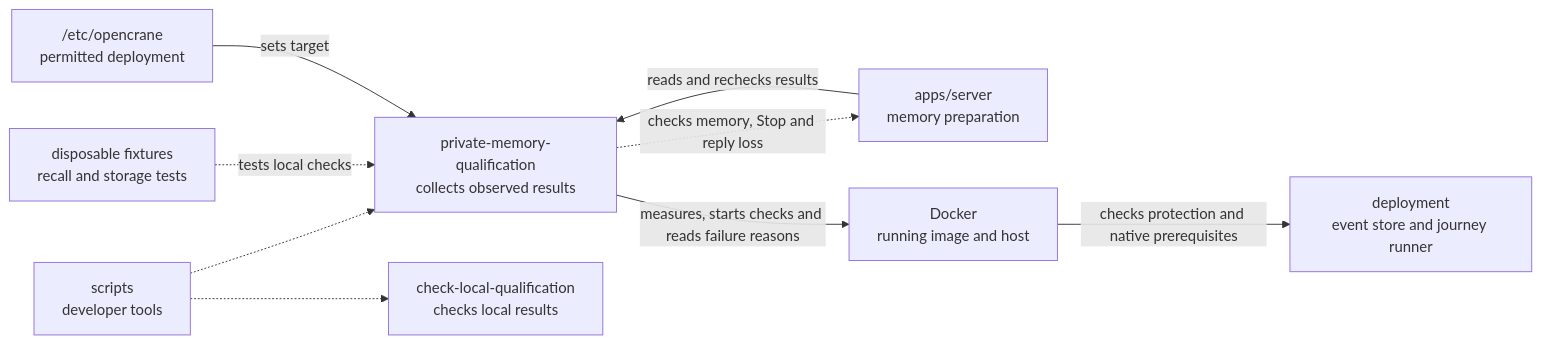
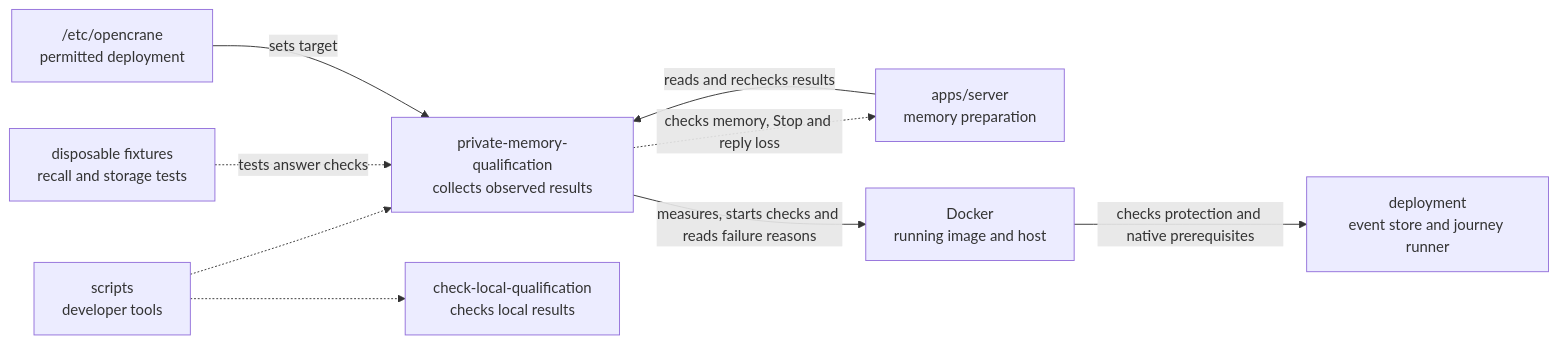
Before and after one commit to elewa-git/opencrane-new: the diagram in scripts/private-memory-qualification/README.md, drawn with Mermaid. The commit also changed other lines of this file and 6 other files, not shown here.

````diff
--- a/scripts/private-memory-qualification/README.md
+++ b/scripts/private-memory-qualification/README.md
@@ -18,11 +18,11 @@
 ```mermaid
 flowchart LR
   scripts["scripts<br/>developer tools"] -.-> collector["private-memory-qualification<br/>collects observed results"]
-  fixtures["disposable fixtures<br/>recall and storage tests"] -.->|tests local checks| collector
+  fixtures["disposable fixtures<br/>recall and storage tests"] -.->|tests answer checks| collector
   scripts -.-> sibling["check-local-qualification<br/>checks local results"]
   server["apps/server<br/>memory preparation"] -->|reads and rechecks results| collector
   collector -.->|checks memory, Stop and reply loss| server
   config["/etc/opencrane<br/>permitted deployment"] -->|sets target| collector
   collector -->|measures, starts checks and reads failure reasons| docker["Docker<br/>running image and host"]
   docker -->|checks protection and native prerequisites| deployment["deployment<br/>event store and journey runner"]
 ```
````
